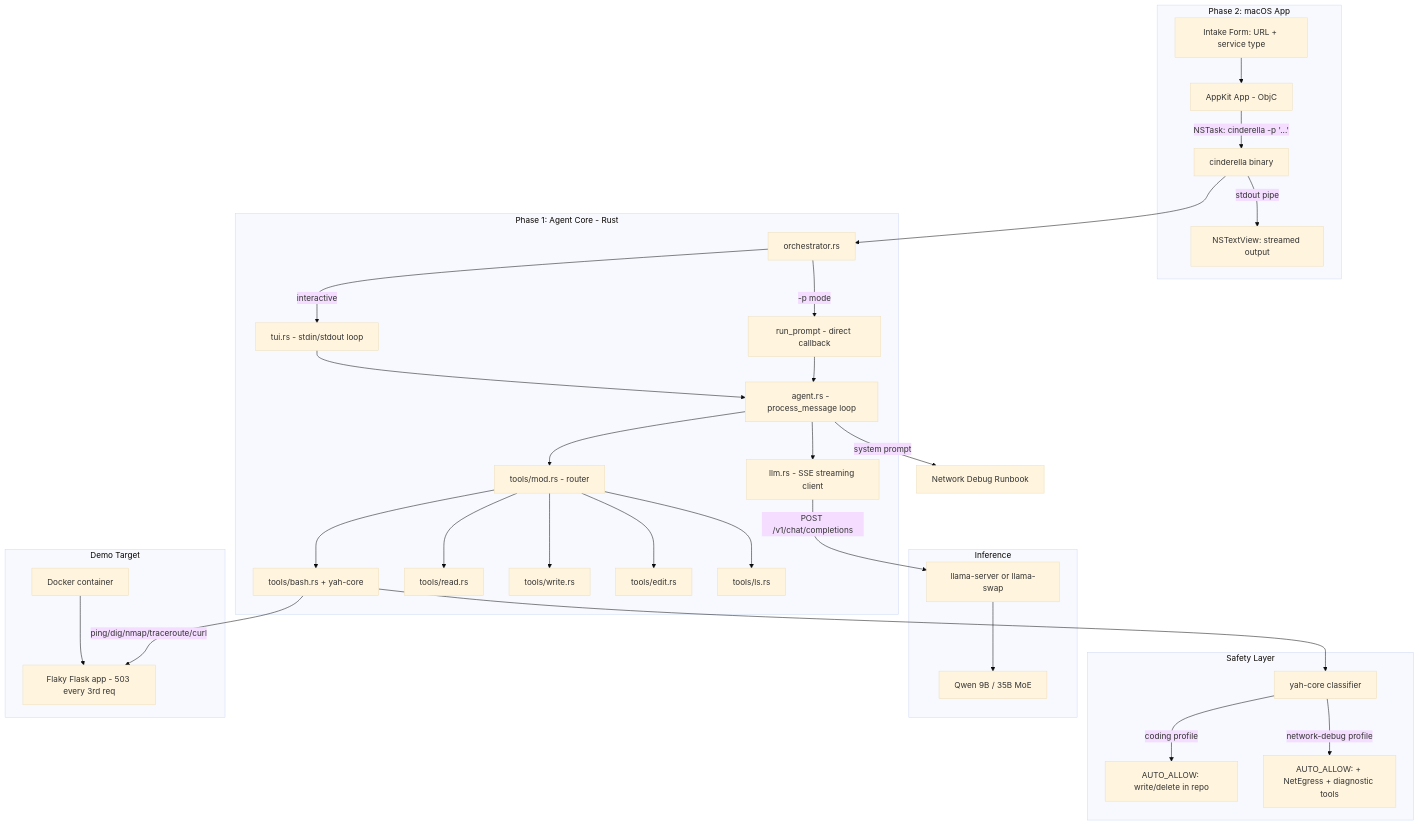
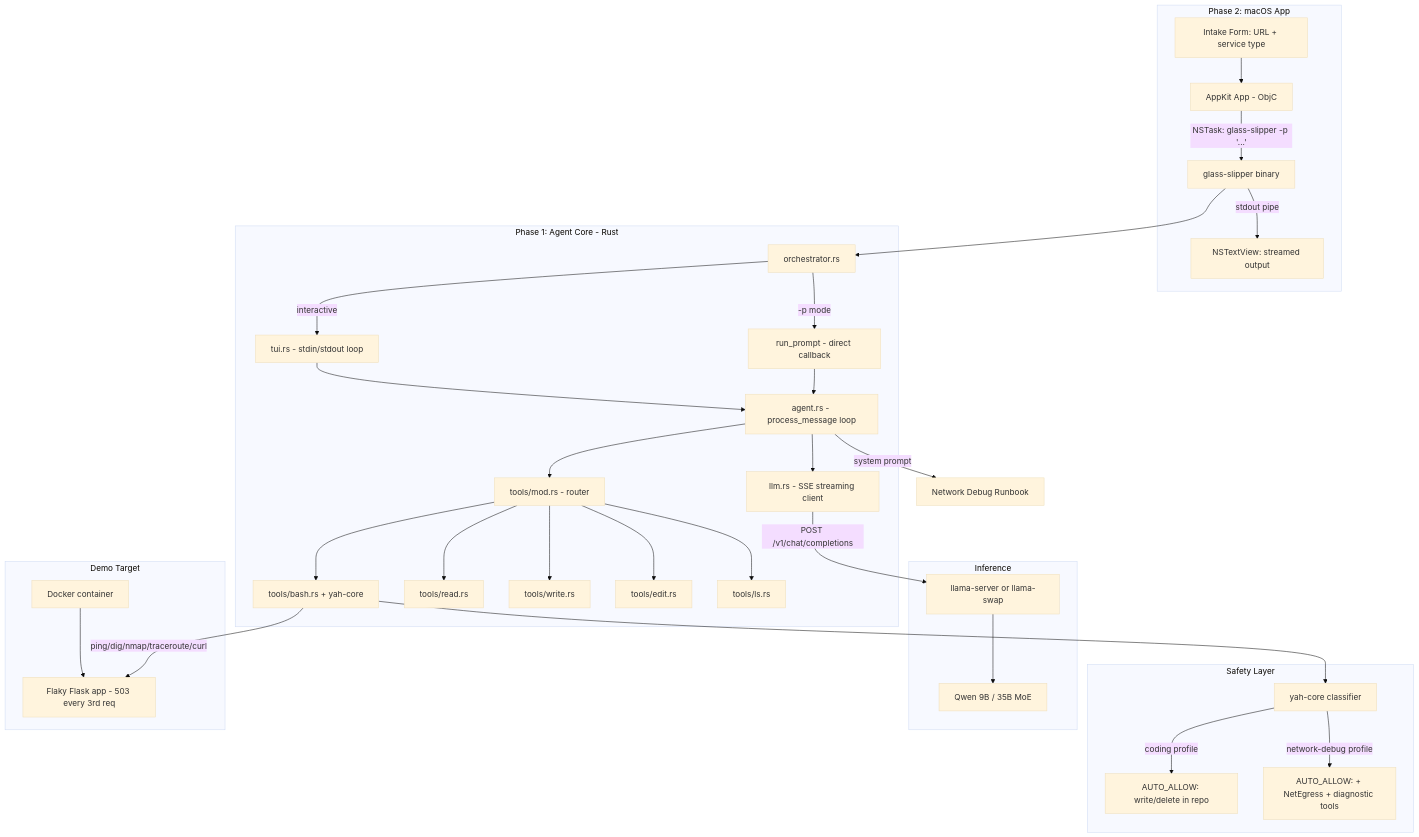
The first of 2 diagrams in docs/plans/cocoa.md (robertkarl/cinderella), drawn with Mermaid (base theme) before and after one commit. The commit also changed other lines of this file and 30 other files, not shown here.

Commit message:
rename: cinderella → glass-slipper across codebase

````diff
--- a/docs/plans/cocoa.md
+++ b/docs/plans/cocoa.md
@@ -157,48 +157,48 @@
 ```mermaid
 flowchart TD
     subgraph "Phase 2: macOS App"
         APP[AppKit App - ObjC]
         FORM[Intake Form: URL + service type]
         OUT[NSTextView: streamed output]
         FORM --> APP
-        APP -->|"NSTask: cinderella -p '...'"| CLI
+        APP -->|"NSTask: glass-slipper -p '...'"| CLI
         CLI -->|stdout pipe| OUT
     end
 
     subgraph "Phase 1: Agent Core - Rust"
-        CLI[cinderella binary]
+        CLI[glass-slipper binary]
         ORCH[orchestrator.rs]
         CLI --> ORCH
         ORCH -->|"interactive"| TUI[tui.rs - stdin/stdout loop]
         ORCH -->|"-p mode"| PROMPT[run_prompt - direct callback]
         TUI --> AGENT[agent.rs - process_message loop]
         PROMPT --> AGENT
         AGENT --> LLM[llm.rs - SSE streaming client]
         AGENT --> TOOLS[tools/mod.rs - router]
         TOOLS --> BASH[tools/bash.rs + yah-core]
         TOOLS --> READ[tools/read.rs]
         TOOLS --> WRITE[tools/write.rs]
         TOOLS --> EDIT[tools/edit.rs]
         TOOLS --> LS[tools/ls.rs]
     end
 
     subgraph "Safety Layer"
         BASH --> YAHCORE[yah-core classifier]
         YAHCORE -->|"coding profile"| CODING[AUTO_ALLOW: write/delete in repo]
         YAHCORE -->|"network-debug profile"| NETDBG[AUTO_ALLOW: + NetEgress + diagnostic tools]
     end
 
     subgraph "Inference"
         LLM -->|"POST /v1/chat/completions"| API[llama-server or llama-swap]
         API --> MODEL[Qwen 9B / 35B MoE]
     end
 
     subgraph "Demo Target"
         DOCKER[Docker container]
         FLASK[Flaky Flask app - 503 every 3rd req]
         DOCKER --> FLASK
     end
 
     BASH -->|"ping/dig/nmap/traceroute/curl"| FLASK
     AGENT -->|"system prompt"| RUNBOOK[Network Debug Runbook]
 ```
````
